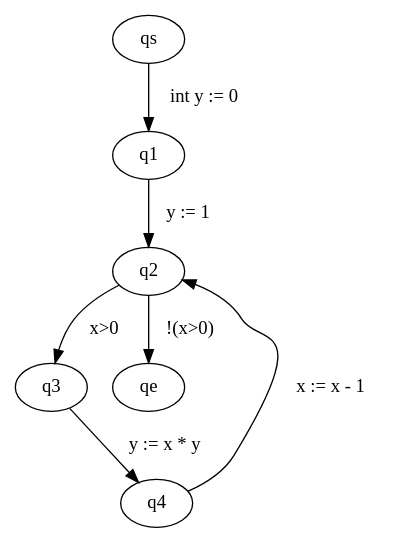
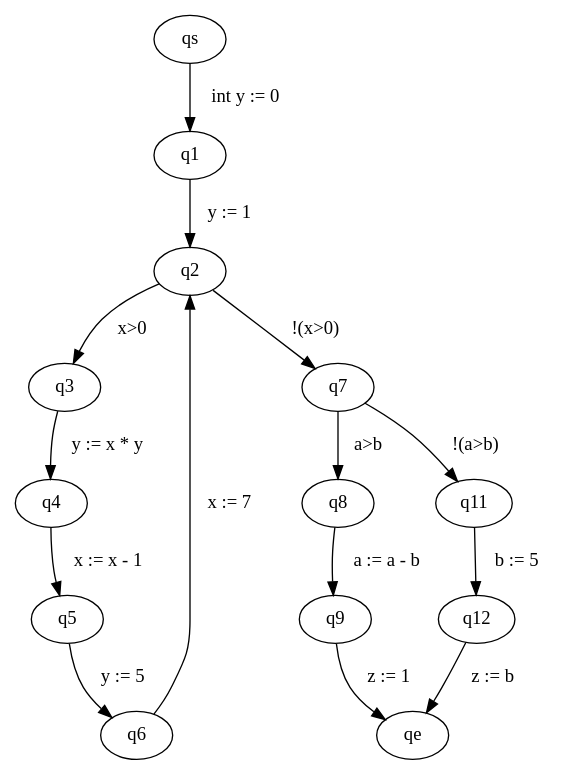
One commit to FloKes/ProgramAnalysis changed the diagram in src/main/java/graphviz/input.dot. Above: the diagram before and after it, drawn with Graphviz. The commit also changed 12 other files, not shown here.

```diff
--- a/src/main/java/graphviz/input.dot
+++ b/src/main/java/graphviz/input.dot
@@ -1,8 +1,16 @@
 digraph ProgramGraph{
 "qs" -> "q1" [label="  int y := 0   "] 
 "q1" -> "q2" [label="  y := 1   "] 
 "q2" -> "q3" [label="  x>0   "] 
-"q2" -> "qe" [label="  !(x>0)   "] 
+"q2" -> "q7" [label="  !(x>0)   "] 
 "q3" -> "q4" [label="  y := x * y   "] 
-"q4" -> "q2" [label="  x := x - 1   "] 
+"q4" -> "q5" [label="  x := x - 1   "] 
+"q5" -> "q6" [label="  y := 5   "] 
+"q6" -> "q2" [label="  x := 7   "] 
+"q7" -> "q8" [label="  a>b   "] 
+"q7" -> "q11" [label="  !(a>b)   "] 
+"q8" -> "q9" [label="  a := a - b   "] 
+"q9" -> "qe" [label="  z := 1   "] 
+"q11" -> "q12" [label="  b := 5   "] 
+"q12" -> "qe" [label="  z := b   "] 
 }
```
